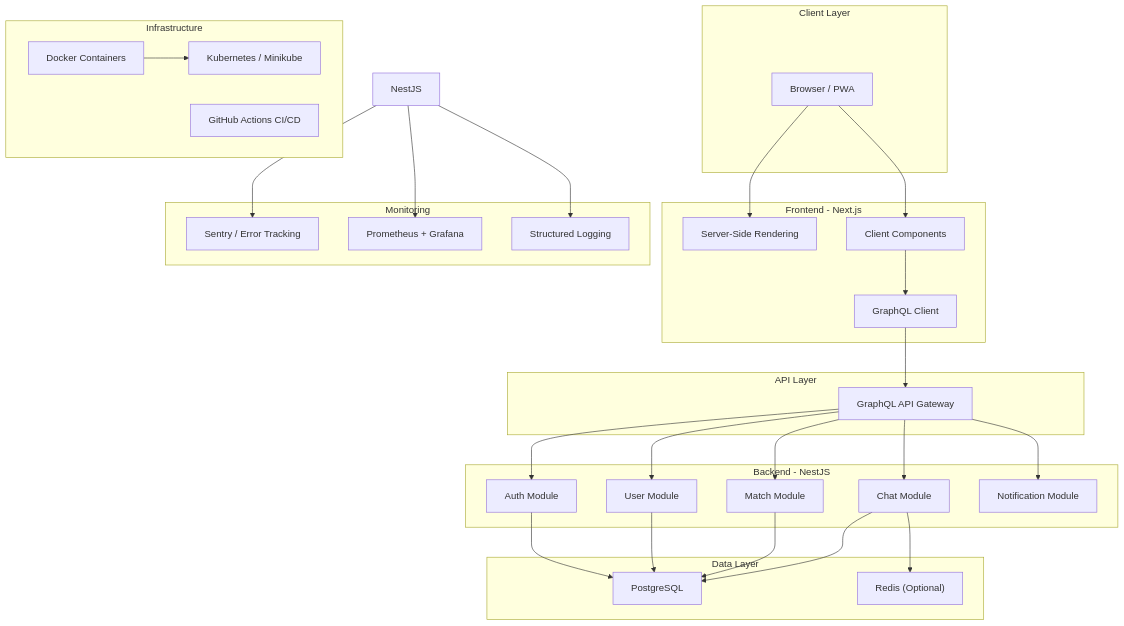
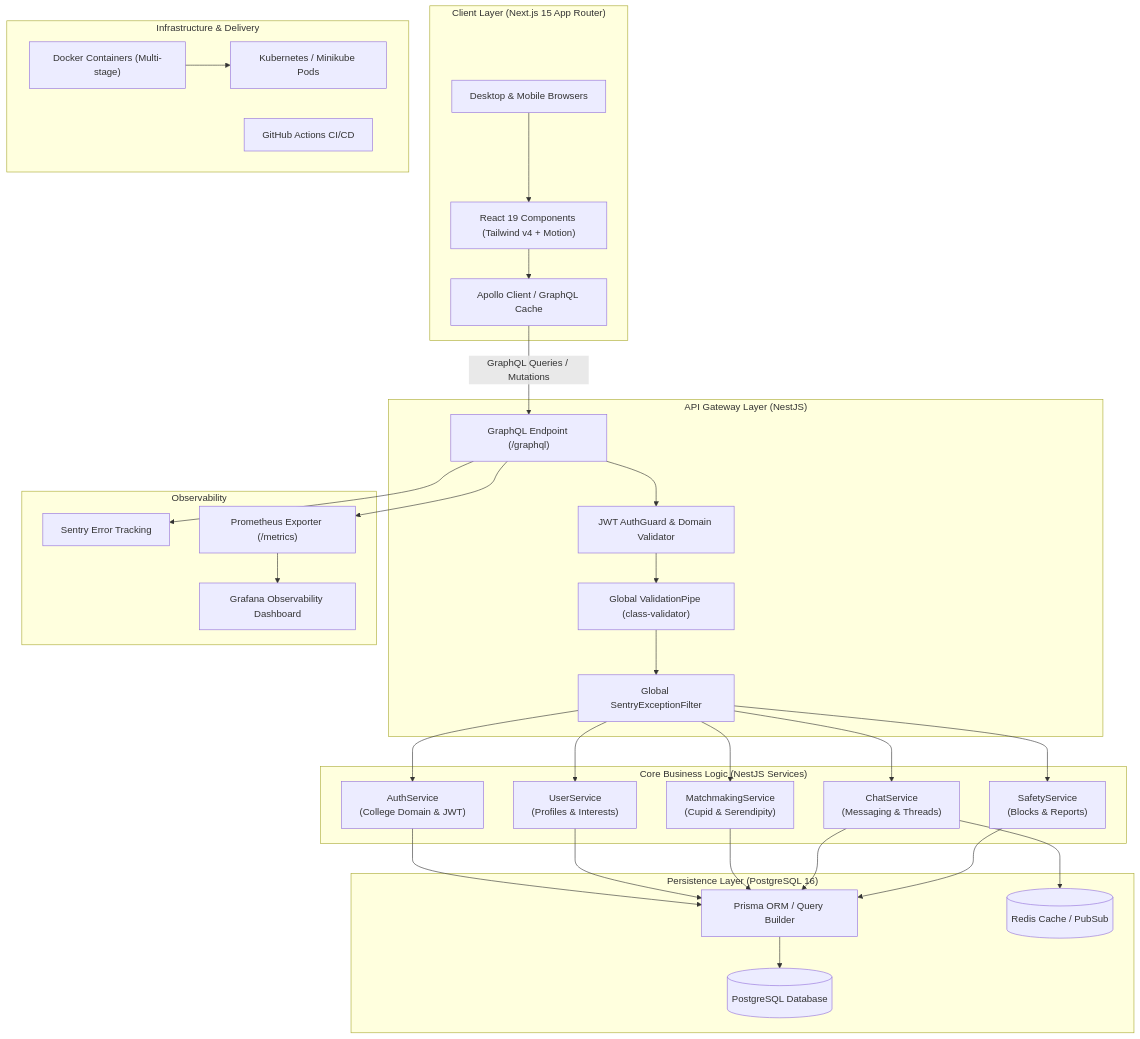
The first of 2 diagrams in docs/ARCHITECTURE.md (ARJuice/Web-PBL), drawn with Mermaid before and after one commit. The commit also changed other lines of this file, not shown here.

Commit message:
docs(arch): update architecture specification to strictly enforce SKILL.md rules and boundaries

````diff
--- a/docs/ARCHITECTURE.md
+++ b/docs/ARCHITECTURE.md
@@ -26,60 +45,56 @@
 ```mermaid
 graph TB
-    subgraph "Client Layer"
-        Browser["Browser / PWA"]
+    subgraph "Client Layer (Next.js 15 App Router)"
+        Browser["Desktop & Mobile Browsers"]
+        ApolloClient["Apollo Client / GraphQL Cache"]
+        ReactUI["React 19 Components (Tailwind v4 + Motion)"]
     end
 
-    subgraph "Frontend - Next.js"
-        SSR["Server-Side Rendering"]
-        CSR["Client Components"]
-        GQLClient["GraphQL Client"]
+    subgraph "API Gateway Layer (NestJS)"
+        GQLGateway["GraphQL Endpoint (/graphql)"]
+        AuthGuard["JWT AuthGuard & Domain Validator"]
+        ValidationPipe["Global ValidationPipe (class-validator)"]
+        ExceptionFilter["Global SentryExceptionFilter"]
     end
 
-    subgraph "API Layer"
-        GQL["GraphQL API Gateway"]
+    subgraph "Core Business Logic (NestJS Services)"
+        AuthService["AuthService\n(College Domain & JWT)"]
+        UserService["UserService\n(Profiles & Interests)"]
+        MatchService["MatchmakingService\n(Cupid & Serendipity)"]
+        ChatService["ChatService\n(Messaging & Threads)"]
+        ReportService["SafetyService\n(Blocks & Reports)"]
     end
 
-    subgraph "Backend - NestJS"
-        AuthModule["Auth Module"]
-        UserModule["User Module"]
-        MatchModule["Match Module"]
-        ChatModule["Chat Module"]
-        NotifModule["Notification Module"]
+    subgraph "Persistence Layer (PostgreSQL 16)"
+        PrismaORM["Prisma ORM / Query Builder"]
+        PostgresDB[(PostgreSQL Database)]
+        RedisCache[(Redis Cache / PubSub)]
     end
 
-    subgraph "Data Layer"
-        DB["PostgreSQL"]
-        Cache["Redis (Optional)"]
+    subgraph "Infrastructure & Delivery"
+        DockerEnv["Docker Containers (Multi-stage)"]
+        MinikubeK8s["Kubernetes / Minikube Pods"]
+        GithubActions["GitHub Actions CI/CD"]
     end
 
-    subgraph "Infrastructure"
-        Docker["Docker Containers"]
-        K8s["Kubernetes / Minikube"]
-        CICD["GitHub Actions CI/CD"]
+    subgraph "Observability"
+        SentryMonitoring["Sentry Error Tracking"]
+        PromMetrics["Prometheus Exporter (/metrics)"]
+        GrafanaDash["Grafana Observability Dashboard"]
     end
 
-    subgraph "Monitoring"
-        Sentry["Sentry / Error Tracking"]
-        Metrics["Prometheus + Grafana"]
-        Logs["Structured Logging"]
-    end
-
-    Browser --> SSR
-    Browser --> CSR
-    CSR --> GQLClient
-    GQLClient --> GQL
-    GQL --> AuthModule
-    GQL --> UserModule
-    GQL --> MatchModule
-    GQL --> ChatModule
-    GQL --> NotifModule
-    AuthModule --> DB
-    UserModule --> DB
-    MatchModule --> DB
-    ChatModule --> DB
-    ChatModule --> Cache
-    Docker --> K8s
-    NestJS --> Sentry
-    NestJS --> Metrics
-    NestJS --> Logs
+    Browser --> ReactUI
+    ReactUI --> ApolloClient
+    ApolloClient -->|GraphQL Queries / Mutations| GQLGateway
+    GQLGateway --> AuthGuard
+    AuthGuard --> ValidationPipe
+    ValidationPipe --> ExceptionFilter
+    ExceptionFilter --> AuthService & UserService & MatchService & ChatService & ReportService
+    AuthService & UserService & MatchService & ChatService & ReportService --> PrismaORM
+    PrismaORM --> PostgresDB
+    ChatService --> RedisCache
+    DockerEnv --> MinikubeK8s
+    GQLGateway --> SentryMonitoring
+    GQLGateway --> PromMetrics
+    PromMetrics --> GrafanaDash
 ```
````
